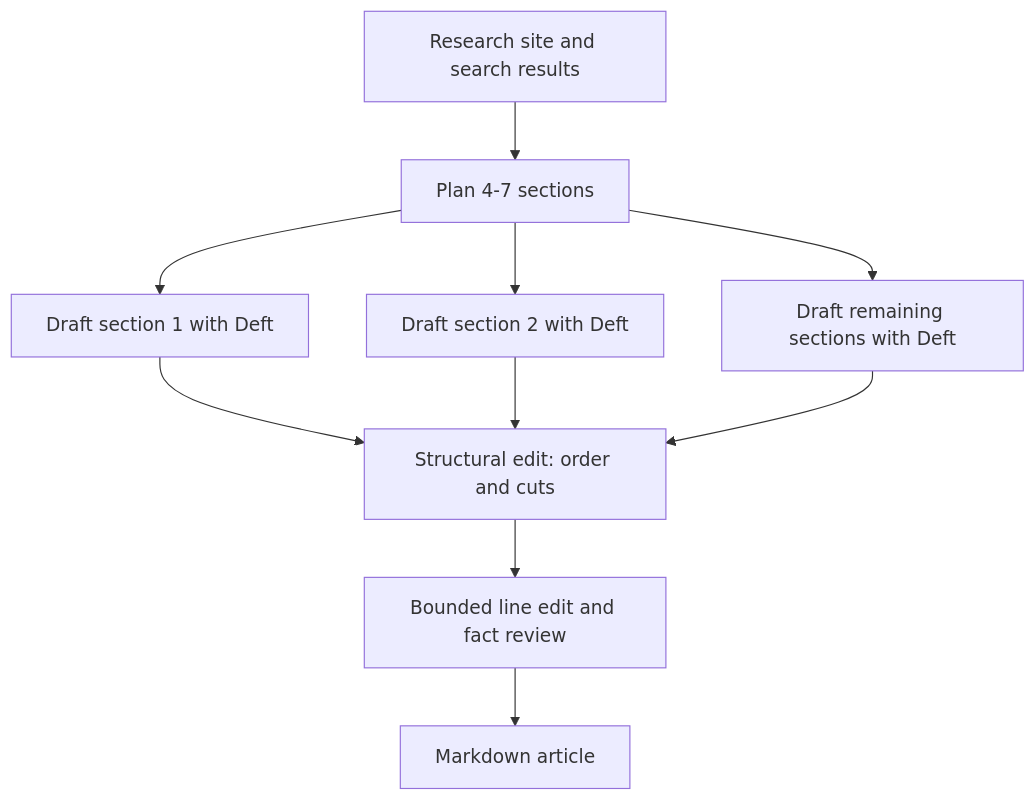
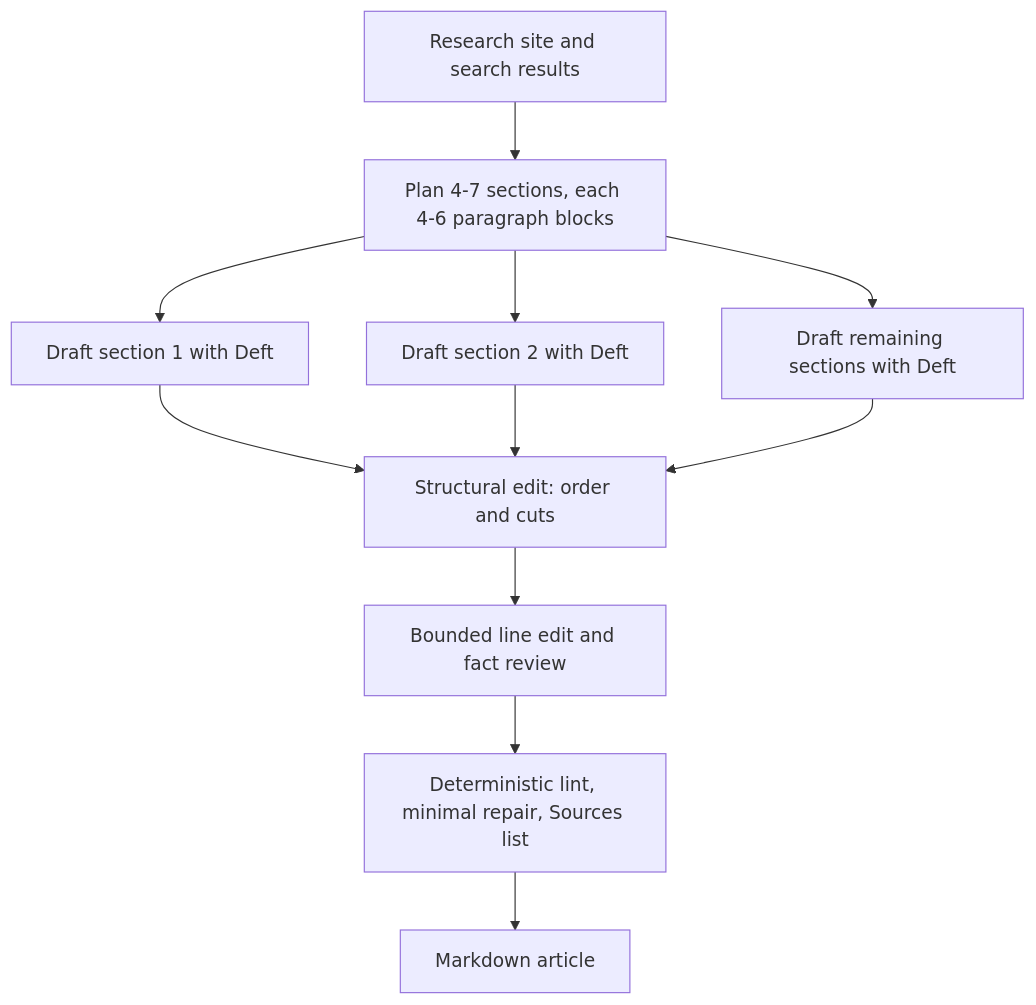
One commit to DeftWriting/seo-agent changed the diagram in README.md. Above: the diagram before and after it, drawn with Mermaid. The commit also changed other lines of this file and 18 other files, not shown here.

First line of the commit message:
Port production correctness fixes: structured outlines, bounded edits, lint/repair, retry+fallback

````diff
--- a/README.md
+++ b/README.md
@@ -43,12 +43,13 @@
 ```mermaid
 flowchart TD
-  A[Research site and search results] --> B[Plan 4-7 sections]
+  A[Research site and search results] --> B[Plan 4-7 sections, each 4-6 paragraph blocks]
   B --> C1[Draft section 1 with Deft]
   B --> C2[Draft section 2 with Deft]
   B --> C3[Draft remaining sections with Deft]
   C1 --> D[Structural edit: order and cuts]
   C2 --> D
   C3 --> D
   D --> E[Bounded line edit and fact review]
-  E --> F[Markdown article]
+  E --> G[Deterministic lint, minimal repair, Sources list]
+  G --> F[Markdown article]
 ```
````
